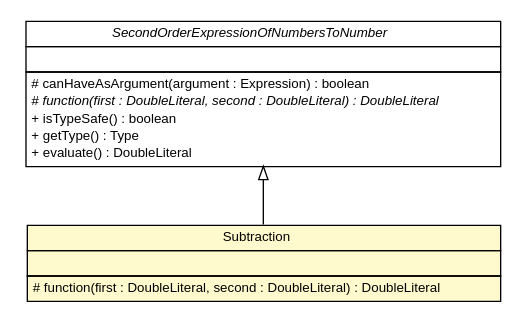
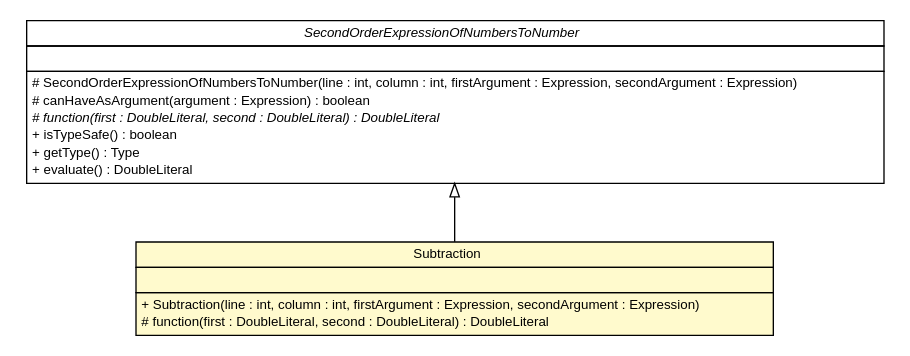
One commit to sinopeus/asteroids changed the diagram in doc/model/programs/parsing/language/expression/second_order/Subtraction.dot. Above: the diagram before and after it, drawn with Graphviz. The commit also changed 940 other files, not shown here.

```diff
--- a/doc/model/programs/parsing/language/expression/second_order/Subtraction.dot
+++ b/doc/model/programs/parsing/language/expression/second_order/Subtraction.dot
@@ -1,42 +1,44 @@
 #!/usr/local/bin/dot
 #
 # Class diagram 
 # Generated by UMLGraph version R5_6 (http://www.umlgraph.org/)
 #
 
 digraph G {
 	edge [fontname="Helvetica",fontsize=10,labelfontname="Helvetica",labelfontsize=10];
 	node [fontname="Helvetica",fontsize=10,shape=plaintext];
 	nodesep=0.25;
 	ranksep=0.5;
 	// model.programs.parsing.language.expression.second_order.Subtraction
-	c16253 [label=<<table title="model.programs.parsing.language.expression.second_order.Subtraction" border="0" cellborder="1" cellspacing="0" cellpadding="2" port="p" bgcolor="lemonChiffon" href="./Subtraction.html">
+	c16307 [label=<<table title="model.programs.parsing.language.expression.second_order.Subtraction" border="0" cellborder="1" cellspacing="0" cellpadding="2" port="p" bgcolor="lemonChiffon" href="./Subtraction.html">
 		<tr><td><table border="0" cellspacing="0" cellpadding="1">
 <tr><td align="center" balign="center"> Subtraction </td></tr>
 		</table></td></tr>
 		<tr><td><table border="0" cellspacing="0" cellpadding="1">
 <tr><td align="left" balign="left">  </td></tr>
 		</table></td></tr>
 		<tr><td><table border="0" cellspacing="0" cellpadding="1">
+<tr><td align="left" balign="left"> + Subtraction(line : int, column : int, firstArgument : Expression, secondArgument : Expression) </td></tr>
 <tr><td align="left" balign="left"> # function(first : DoubleLiteral, second : DoubleLiteral) : DoubleLiteral </td></tr>
 		</table></td></tr>
 		</table>>, URL="./Subtraction.html", fontname="Helvetica", fontcolor="black", fontsize=10.0];
 	// model.programs.parsing.language.expression.second_order.SecondOrderExpressionOfNumbersToNumber
-	c16256 [label=<<table title="model.programs.parsing.language.expression.second_order.SecondOrderExpressionOfNumbersToNumber" border="0" cellborder="1" cellspacing="0" cellpadding="2" port="p" href="./SecondOrderExpressionOfNumbersToNumber.html">
+	c16310 [label=<<table title="model.programs.parsing.language.expression.second_order.SecondOrderExpressionOfNumbersToNumber" border="0" cellborder="1" cellspacing="0" cellpadding="2" port="p" href="./SecondOrderExpressionOfNumbersToNumber.html">
 		<tr><td><table border="0" cellspacing="0" cellpadding="1">
 <tr><td align="center" balign="center"><font face="Helvetica-Oblique"> SecondOrderExpressionOfNumbersToNumber </font></td></tr>
 		</table></td></tr>
 		<tr><td><table border="0" cellspacing="0" cellpadding="1">
 <tr><td align="left" balign="left">  </td></tr>
 		</table></td></tr>
 		<tr><td><table border="0" cellspacing="0" cellpadding="1">
+<tr><td align="left" balign="left"> # SecondOrderExpressionOfNumbersToNumber(line : int, column : int, firstArgument : Expression, secondArgument : Expression) </td></tr>
 <tr><td align="left" balign="left"> # canHaveAsArgument(argument : Expression) : boolean </td></tr>
 <tr><td align="left" balign="left"><font face="Helvetica-Oblique" point-size="10.0"> # function(first : DoubleLiteral, second : DoubleLiteral) : DoubleLiteral </font></td></tr>
 <tr><td align="left" balign="left"> + isTypeSafe() : boolean </td></tr>
 <tr><td align="left" balign="left"> + getType() : Type </td></tr>
 <tr><td align="left" balign="left"> + evaluate() : DoubleLiteral </td></tr>
 		</table></td></tr>
 		</table>>, URL="./SecondOrderExpressionOfNumbersToNumber.html", fontname="Helvetica", fontcolor="black", fontsize=10.0];
 	//model.programs.parsing.language.expression.second_order.Subtraction extends model.programs.parsing.language.expression.second_order.SecondOrderExpressionOfNumbersToNumber
-	c16256:p -> c16253:p [dir=back,arrowtail=empty];
+	c16310:p -> c16307:p [dir=back,arrowtail=empty];
 }
```
